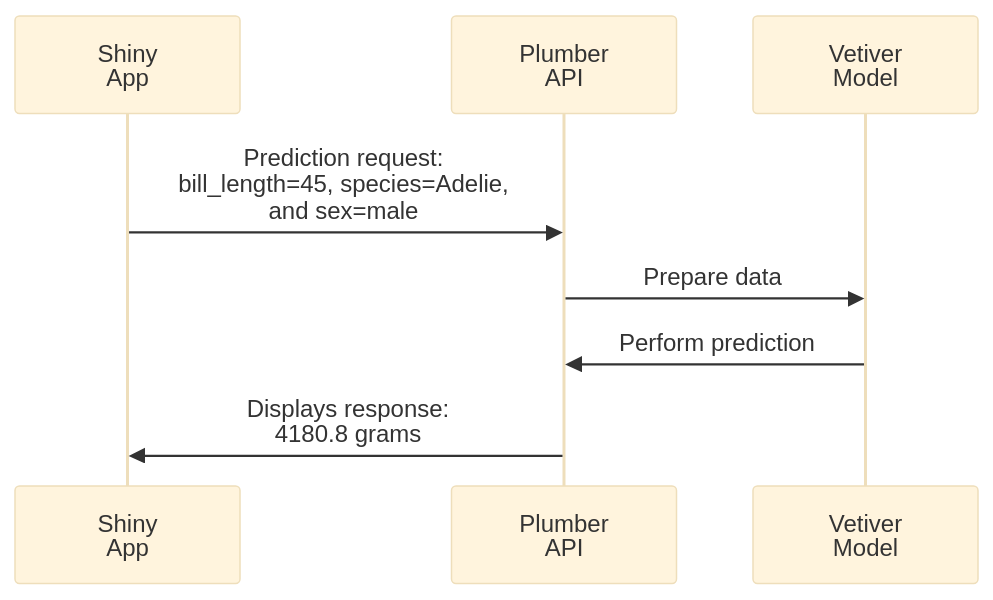
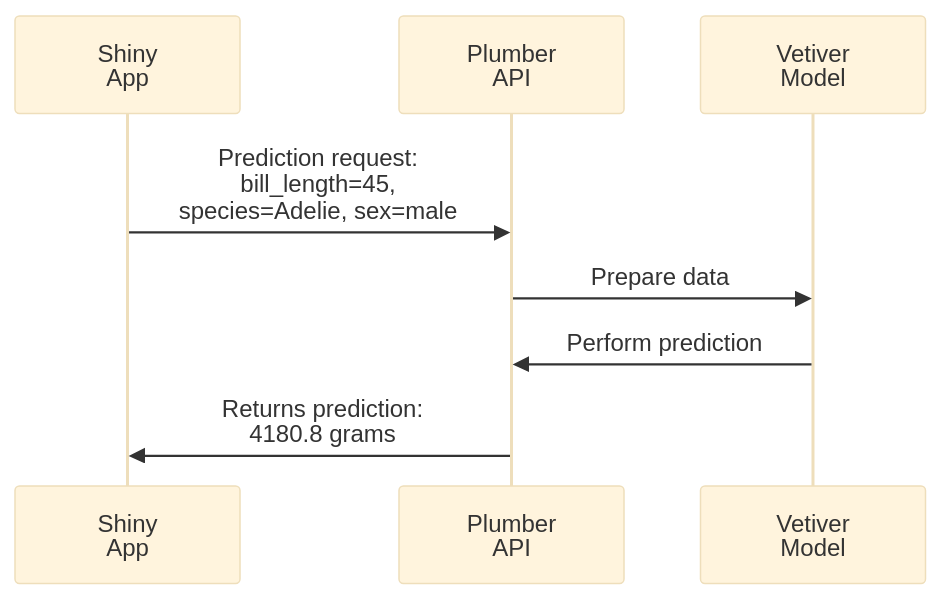
One commit to mjfrigaard/do4ds-labs changed the second of 2 diagrams in r-app-api.qmd. Above: the diagram before and after it, drawn with Mermaid. The commit also changed other lines of this file and 15 other files, not shown here.

````diff
--- a/r-app-api.qmd
+++ b/r-app-api.qmd
@@ -494,16 +488,16 @@
 ```{mermaid}
 %%| fig-cap: 'Input Dependencies'
 %%| fig-align: 'center'
 %%{init: {'theme': 'base', 'look': 'classic', 'themeVariables': {'fontFamily': 'monospace'}}}%%
 
 sequenceDiagram
     participant Customer as Shiny<br>App
     participant Waiter as Plumber<br>API
     participant Kitchen as Vetiver<br>Model
     
-    Customer->>Waiter: Prediction request:<br>bill_length=45, species=Adelie,<br>and sex=male
+    Customer->>Waiter: Prediction request:<br>bill_length=45,<br>species=Adelie, sex=male
     Waiter->>Kitchen: Prepare data
     Kitchen->>Waiter: Perform prediction
-    Waiter->>Customer: Displays response:<br> 4180.8 grams
+    Waiter->>Customer: Returns prediction:<br>4180.8 grams
 
 ```
````
